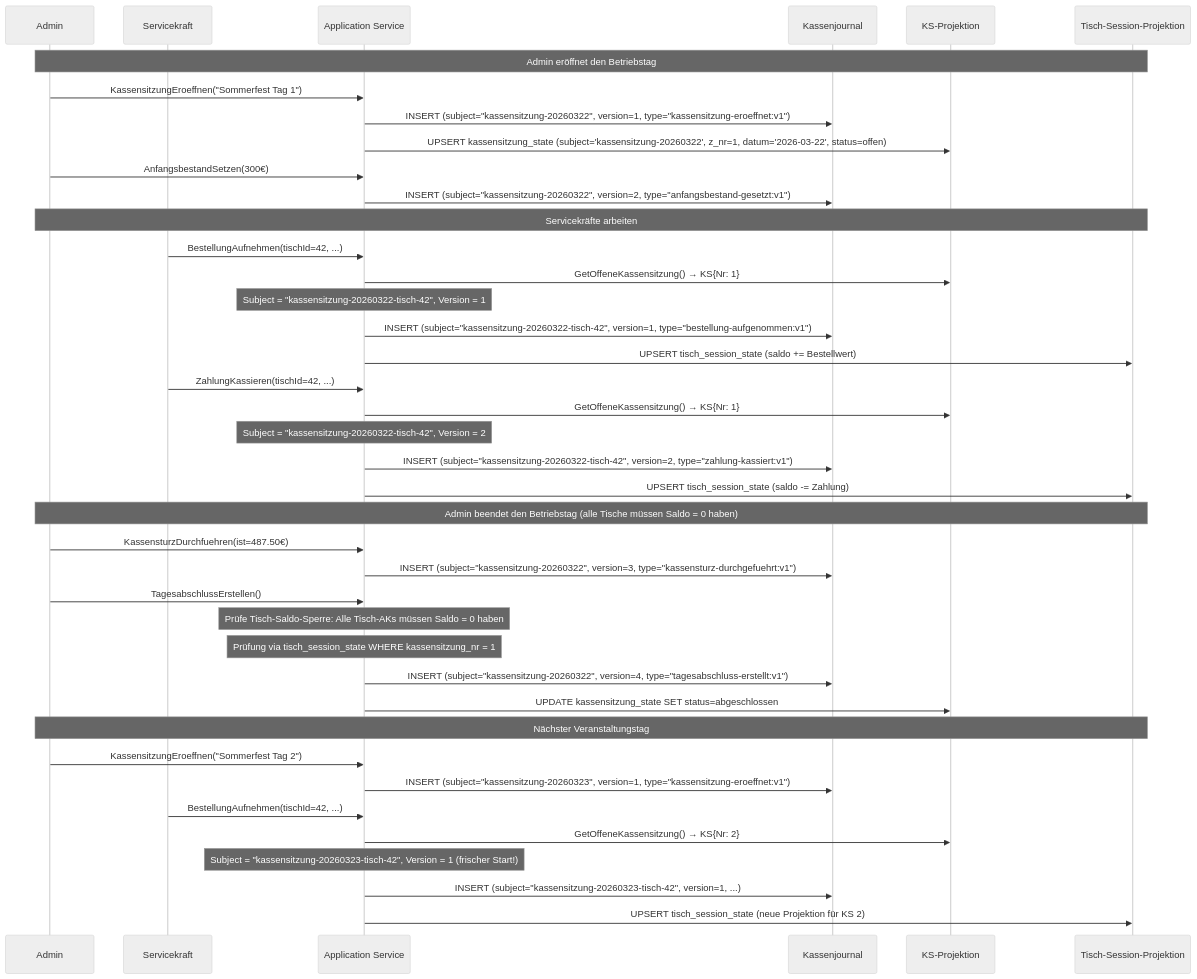
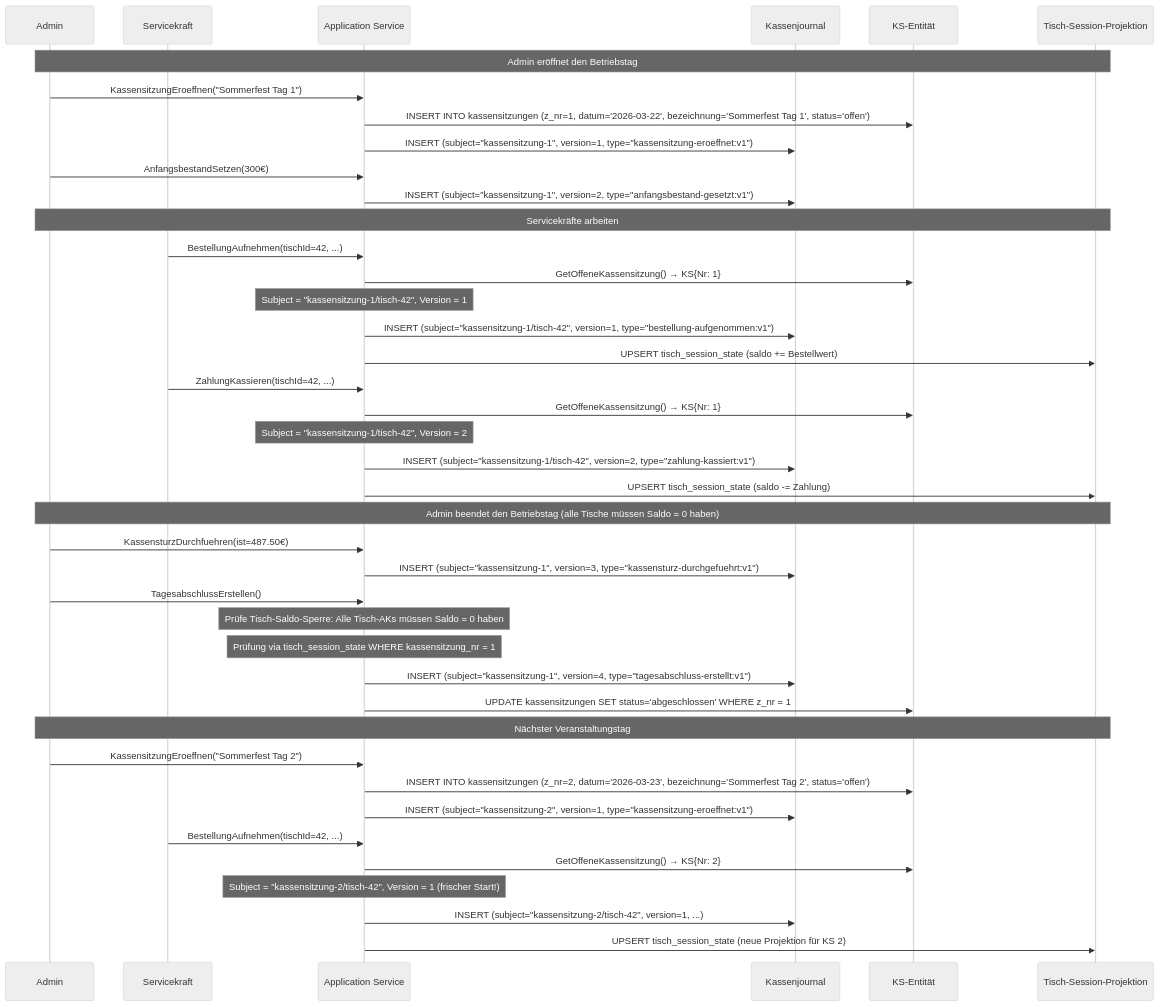
The fifth of 5 diagrams in docs/redesign.md (nicograef/jotti), drawn with Mermaid (neutral theme) before and after one commit. The commit also changed other lines of this file and 21 other files, not shown here.

First line of the commit message:
refactor: replace kassensitzung_state projection with kassensitzungen CRUD entity and adopt nr-based subject format

````diff
--- a/docs/redesign.md
+++ b/docs/redesign.md
@@ -673,54 +674,55 @@
 ```mermaid
 sequenceDiagram
     participant A as Admin
     participant S as Servicekraft
     participant AS as Application Service
     participant KJ as Kassenjournal
-    participant KSP as KS-Projektion
+    participant KSP as KS-Entität
     participant TSS as Tisch-Session-Projektion
 
     Note over A,TSS: Admin eröffnet den Betriebstag
 
     A->>AS: KassensitzungEroeffnen("Sommerfest Tag 1")
-    AS->>KJ: INSERT (subject="kassensitzung-20260322", version=1, type="kassensitzung-eroeffnet:v1")
-    AS->>KSP: UPSERT kassensitzung_state (subject='kassensitzung-20260322', z_nr=1, datum='2026-03-22', status=offen)
+    AS->>KSP: INSERT INTO kassensitzungen (z_nr=1, datum='2026-03-22', bezeichnung='Sommerfest Tag 1', status='offen')
+    AS->>KJ: INSERT (subject="kassensitzung-1", version=1, type="kassensitzung-eroeffnet:v1")
 
     A->>AS: AnfangsbestandSetzen(300€)
-    AS->>KJ: INSERT (subject="kassensitzung-20260322", version=2, type="anfangsbestand-gesetzt:v1")
+    AS->>KJ: INSERT (subject="kassensitzung-1", version=2, type="anfangsbestand-gesetzt:v1")
 
     Note over A,TSS: Servicekräfte arbeiten
 
     S->>AS: BestellungAufnehmen(tischId=42, ...)
     AS->>KSP: GetOffeneKassensitzung() → KS{Nr: 1}
-    Note over AS: Subject = "kassensitzung-20260322-tisch-42", Version = 1
-    AS->>KJ: INSERT (subject="kassensitzung-20260322-tisch-42", version=1, type="bestellung-aufgenommen:v1")
+    Note over AS: Subject = "kassensitzung-1/tisch-42", Version = 1
+    AS->>KJ: INSERT (subject="kassensitzung-1/tisch-42", version=1, type="bestellung-aufgenommen:v1")
     AS->>TSS: UPSERT tisch_session_state (saldo += Bestellwert)
 
     S->>AS: ZahlungKassieren(tischId=42, ...)
     AS->>KSP: GetOffeneKassensitzung() → KS{Nr: 1}
-    Note over AS: Subject = "kassensitzung-20260322-tisch-42", Version = 2
-    AS->>KJ: INSERT (subject="kassensitzung-20260322-tisch-42", version=2, type="zahlung-kassiert:v1")
+    Note over AS: Subject = "kassensitzung-1/tisch-42", Version = 2
+    AS->>KJ: INSERT (subject="kassensitzung-1/tisch-42", version=2, type="zahlung-kassiert:v1")
     AS->>TSS: UPSERT tisch_session_state (saldo -= Zahlung)
 
     Note over A,TSS: Admin beendet den Betriebstag (alle Tische müssen Saldo = 0 haben)
 
     A->>AS: KassensturzDurchfuehren(ist=487.50€)
-    AS->>KJ: INSERT (subject="kassensitzung-20260322", version=3, type="kassensturz-durchgefuehrt:v1")
+    AS->>KJ: INSERT (subject="kassensitzung-1", version=3, type="kassensturz-durchgefuehrt:v1")
 
     A->>AS: TagesabschlussErstellen()
     Note over AS: Prüfe Tisch-Saldo-Sperre: Alle Tisch-AKs müssen Saldo = 0 haben
     Note over AS: Prüfung via tisch_session_state WHERE kassensitzung_nr = 1
-    AS->>KJ: INSERT (subject="kassensitzung-20260322", version=4, type="tagesabschluss-erstellt:v1")
-    AS->>KSP: UPDATE kassensitzung_state SET status=abgeschlossen
+    AS->>KJ: INSERT (subject="kassensitzung-1", version=4, type="tagesabschluss-erstellt:v1")
+    AS->>KSP: UPDATE kassensitzungen SET status='abgeschlossen' WHERE z_nr = 1
 
     Note over A,TSS: Nächster Veranstaltungstag
 
     A->>AS: KassensitzungEroeffnen("Sommerfest Tag 2")
-    AS->>KJ: INSERT (subject="kassensitzung-20260323", version=1, type="kassensitzung-eroeffnet:v1")
+    AS->>KSP: INSERT INTO kassensitzungen (z_nr=2, datum='2026-03-23', bezeichnung='Sommerfest Tag 2', status='offen')
+    AS->>KJ: INSERT (subject="kassensitzung-2", version=1, type="kassensitzung-eroeffnet:v1")
 
     S->>AS: BestellungAufnehmen(tischId=42, ...)
     AS->>KSP: GetOffeneKassensitzung() → KS{Nr: 2}
-    Note over AS: Subject = "kassensitzung-20260323-tisch-42", Version = 1 (frischer Start!)
-    AS->>KJ: INSERT (subject="kassensitzung-20260323-tisch-42", version=1, ...)
+    Note over AS: Subject = "kassensitzung-2/tisch-42", Version = 1 (frischer Start!)
+    AS->>KJ: INSERT (subject="kassensitzung-2/tisch-42", version=1, ...)
     AS->>TSS: UPSERT tisch_session_state (neue Projektion für KS 2)
 ```
````
